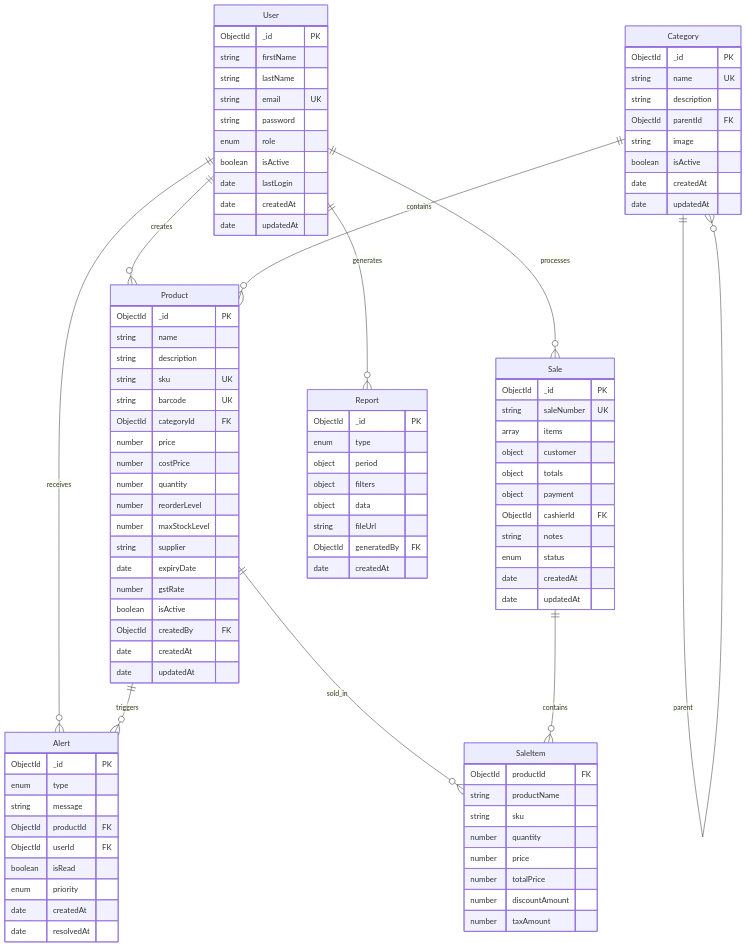
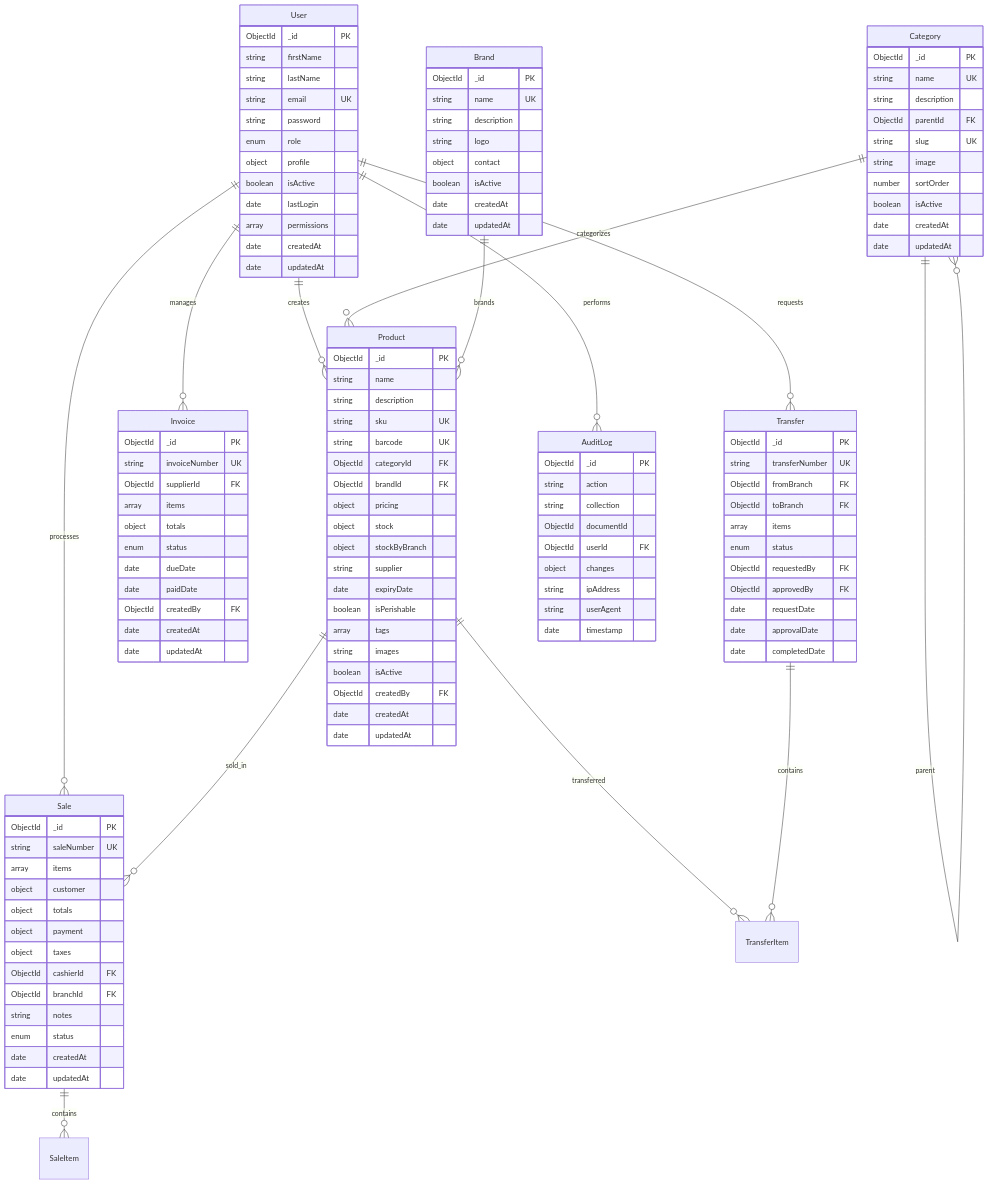
The second of 4 diagrams in docs/ARCHITECTURE.md (Anandqwe/inventory-supermarkets), drawn with Mermaid before and after one commit. The commit also changed other lines of this file and 19 other files, not shown here.

````diff
--- a/docs/ARCHITECTURE.md
+++ b/docs/ARCHITECTURE.md
@@ -256,8 +384,10 @@
         string email UK
         string password
         enum role
+        object profile
         boolean isActive
         date lastLogin
+        array permissions
         date createdAt
         date updatedAt
     }
@@ -269,14 +399,15 @@
         string sku UK
         string barcode UK
         ObjectId categoryId FK
-        number price
-        number costPrice
-        number quantity
-        number reorderLevel
-        number maxStockLevel
+        ObjectId brandId FK
+        object pricing
+        object stock
+        object stockByBranch
         string supplier
         date expiryDate
-        number gstRate
+        boolean isPerishable
+        array tags
+        string images
         boolean isActive
         ObjectId createdBy FK
         date createdAt
@@ -288,7 +419,20 @@
         string name UK
         string description
         ObjectId parentId FK
+        string slug UK
         string image
+        number sortOrder
+        boolean isActive
+        date createdAt
+        date updatedAt
+    }
+
+    Brand {
+        ObjectId _id PK
+        string name UK
+        string description
+        string logo
+        object contact
         boolean isActive
         date createdAt
         date updatedAt
@@ -301,54 +445,65 @@
         object customer
         object totals
         object payment
+        object taxes
         ObjectId cashierId FK
+        ObjectId branchId FK
         string notes
         enum status
         date createdAt
         date updatedAt
     }
 
-    SaleItem {
-        ObjectId productId FK
-        string productName
-        string sku
-        number quantity
-        number price
-        number totalPrice
-        number discountAmount
-        number taxAmount
+    Invoice {
+        ObjectId _id PK
+        string invoiceNumber UK
+        ObjectId supplierId FK
+        array items
+        object totals
+        enum status
+        date dueDate
+        date paidDate
+        ObjectId createdBy FK
+        date createdAt
+        date updatedAt
     }
 
-    Alert {
+    Transfer {
         ObjectId _id PK
-        enum type
-        string message
-        ObjectId productId FK
-        ObjectId userId FK
-        boolean isRead
-        enum priority
-        date createdAt
-        date resolvedAt
+        string transferNumber UK
+        ObjectId fromBranch FK
+        ObjectId toBranch FK
+        array items
+        enum status
+        ObjectId requestedBy FK
+        ObjectId approvedBy FK
+        date requestDate
+        date approvalDate
+        date completedDate
     }
 
-    Report {
+    AuditLog {
         ObjectId _id PK
-        enum type
-        object period
-        object filters
-        object data
-        string fileUrl
-        ObjectId generatedBy FK
-        date createdAt
+        string action
+        string collection
+        ObjectId documentId
+        ObjectId userId FK
+        object changes
+        string ipAddress
+        string userAgent
+        date timestamp
     }
 
     User ||--o{ Product : creates
     User ||--o{ Sale : processes
-    User ||--o{ Alert : receives
-    User ||--o{ Report : generates
-    Category ||--o{ Product : contains
+    User ||--o{ Invoice : manages
+    User ||--o{ Transfer : requests
+    User ||--o{ AuditLog : performs
+    Category ||--o{ Product : categorizes
+    Brand ||--o{ Product : brands
     Category ||--o{ Category : parent
-    Product ||--o{ SaleItem : sold_in
+    Product ||--o{ Sale : sold_in
     Sale ||--o{ SaleItem : contains
-    Product ||--o{ Alert : triggers
+    Product ||--o{ TransferItem : transferred
+    Transfer ||--o{ TransferItem : contains
 ```
````
